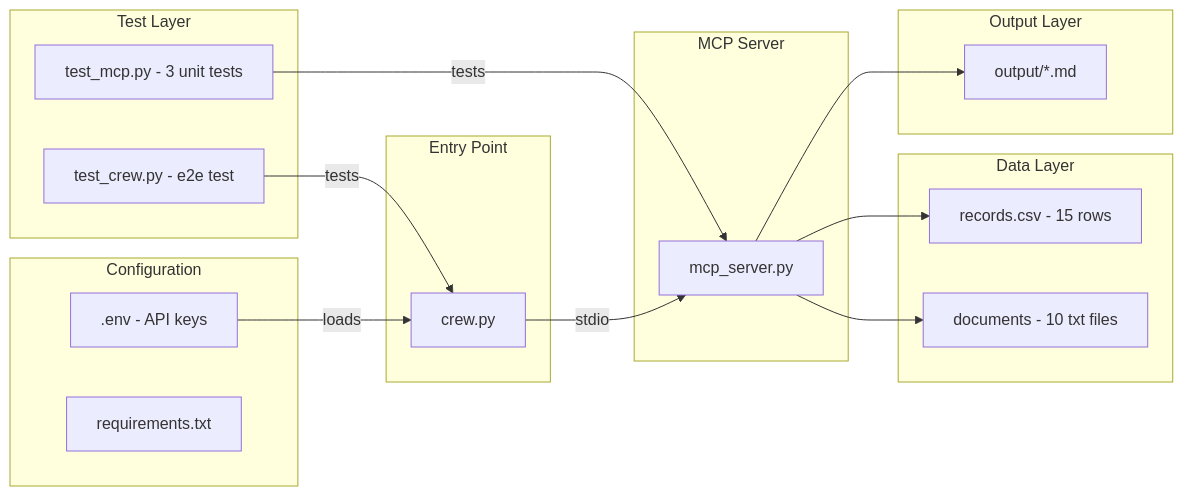
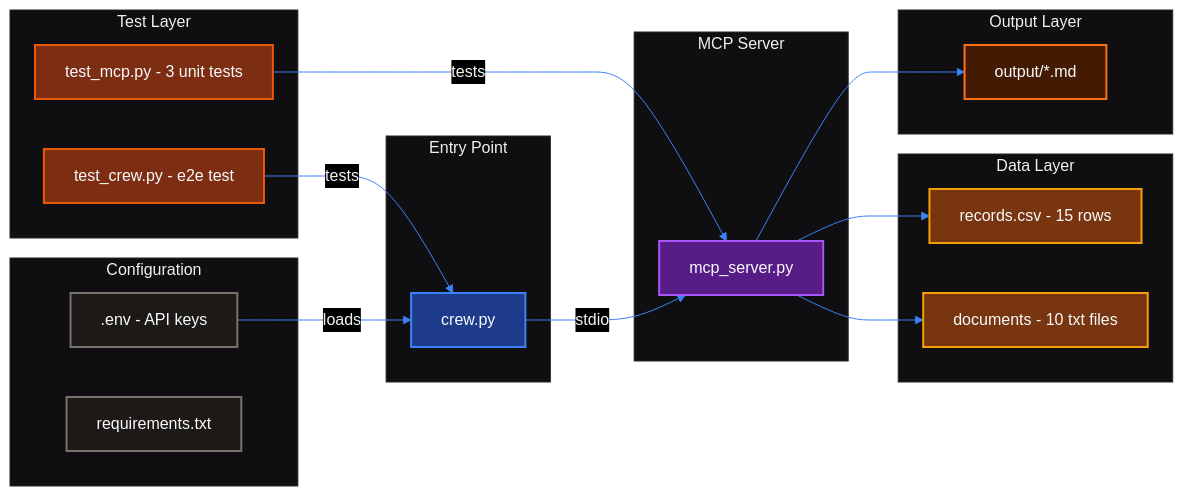
The third of 5 diagrams in HLD.md (ayush300302/crew-ops-intelligence), drawn with Mermaid before and after one commit. The commit also changed other lines of this file and 1 other file, not shown here.

Commit message:
docs: improve mermaid diagram styling with dark mode and custom colors

````diff
--- a/HLD.md
+++ b/HLD.md
@@ -103,37 +157,70 @@
 ```mermaid
+---
+config:
+  theme: base
+  themeVariables:
+    darkMode: true
+    background: "#0a0a0c"
+    primaryColor: "#17171a"
+    primaryTextColor: "#f4f4f5"
+    primaryBorderColor: "#27272a"
+    lineColor: "#3b82f6"
+    textColor: "#f4f4f5"
+    mainBkg: "#17171a"
+    nodeBorder: "#27272a"
+    clusterBkg: "#0f0f12"
+    clusterBorder: "#27272a"
+    tertiaryColor: "#0f0f12"
+    tertiaryBorderColor: "#27272a"
+    fontFamily: "system-ui, -apple-system, BlinkMacSystemFont, 'Segoe UI', Roboto, 'Helvetica Neue', Arial, sans-serif"
+---
 graph LR
     subgraph Entry["Entry Point"]
         A["crew.py"]
     end
 
     subgraph Server["MCP Server"]
         B["mcp_server.py"]
     end
 
     subgraph DataLayer["Data Layer"]
         C["documents - 10 txt files"]
         D["records.csv - 15 rows"]
     end
 
     subgraph OutputLayer["Output Layer"]
         E["output/*.md"]
     end
 
     subgraph TestLayer["Test Layer"]
         F["test_mcp.py - 3 unit tests"]
         G["test_crew.py - e2e test"]
     end
 
     subgraph Config["Configuration"]
         H[".env - API keys"]
         I["requirements.txt"]
     end
 
     A -->|stdio| B
     B --> C
     B --> D
     B --> E
     F -->|tests| B
     G -->|tests| A
     H -->|loads| A
+
+    classDef entry fill:#1e3a8a,stroke:#3b82f6,stroke-width:2px,color:#f8fafc;
+    classDef server fill:#581c87,stroke:#a855f7,stroke-width:2px,color:#f8fafc;
+    classDef data fill:#78350f,stroke:#f59e0b,stroke-width:2px,color:#f8fafc;
+    classDef output fill:#451a03,stroke:#f97316,stroke-width:2px,color:#f8fafc;
+    classDef test fill:#7c2d12,stroke:#ea580c,stroke-width:2px,color:#f8fafc;
+    classDef config fill:#1c1917,stroke:#78716c,stroke-width:2px,color:#f8fafc;
+
+    class A entry;
+    class B server;
+    class C,D data;
+    class E output;
+    class F,G test;
+    class H,I config;
 ```
````
